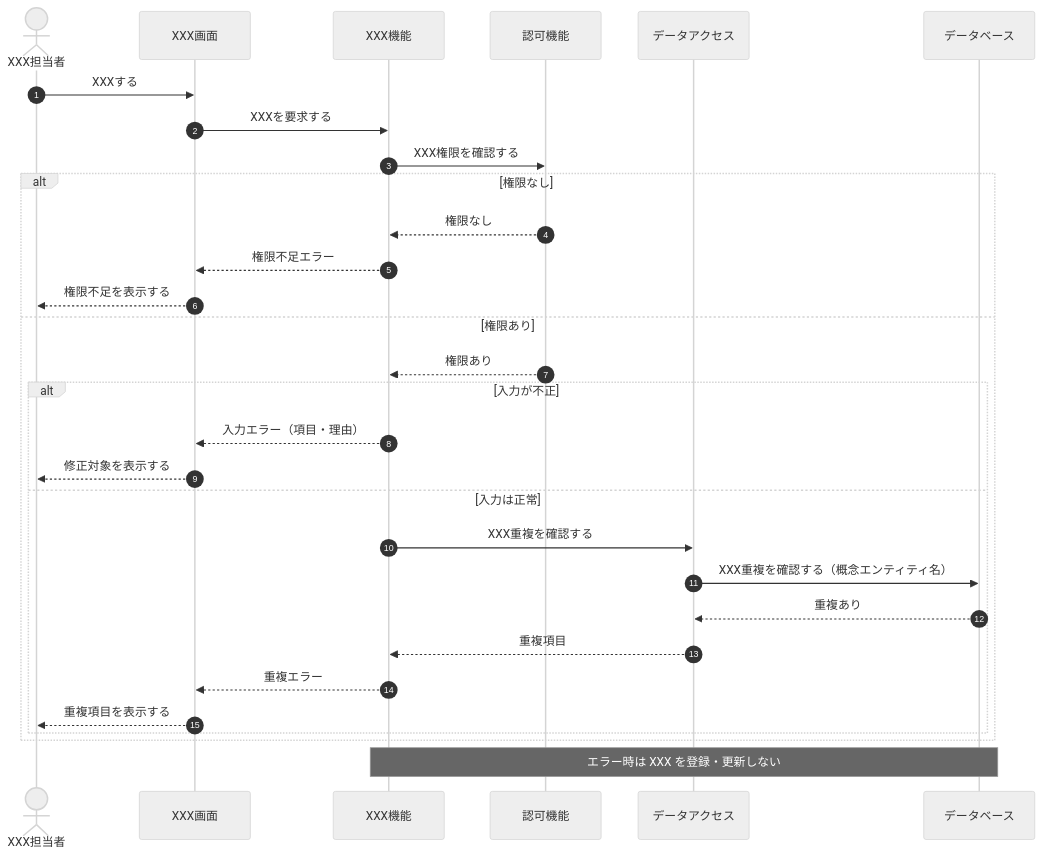
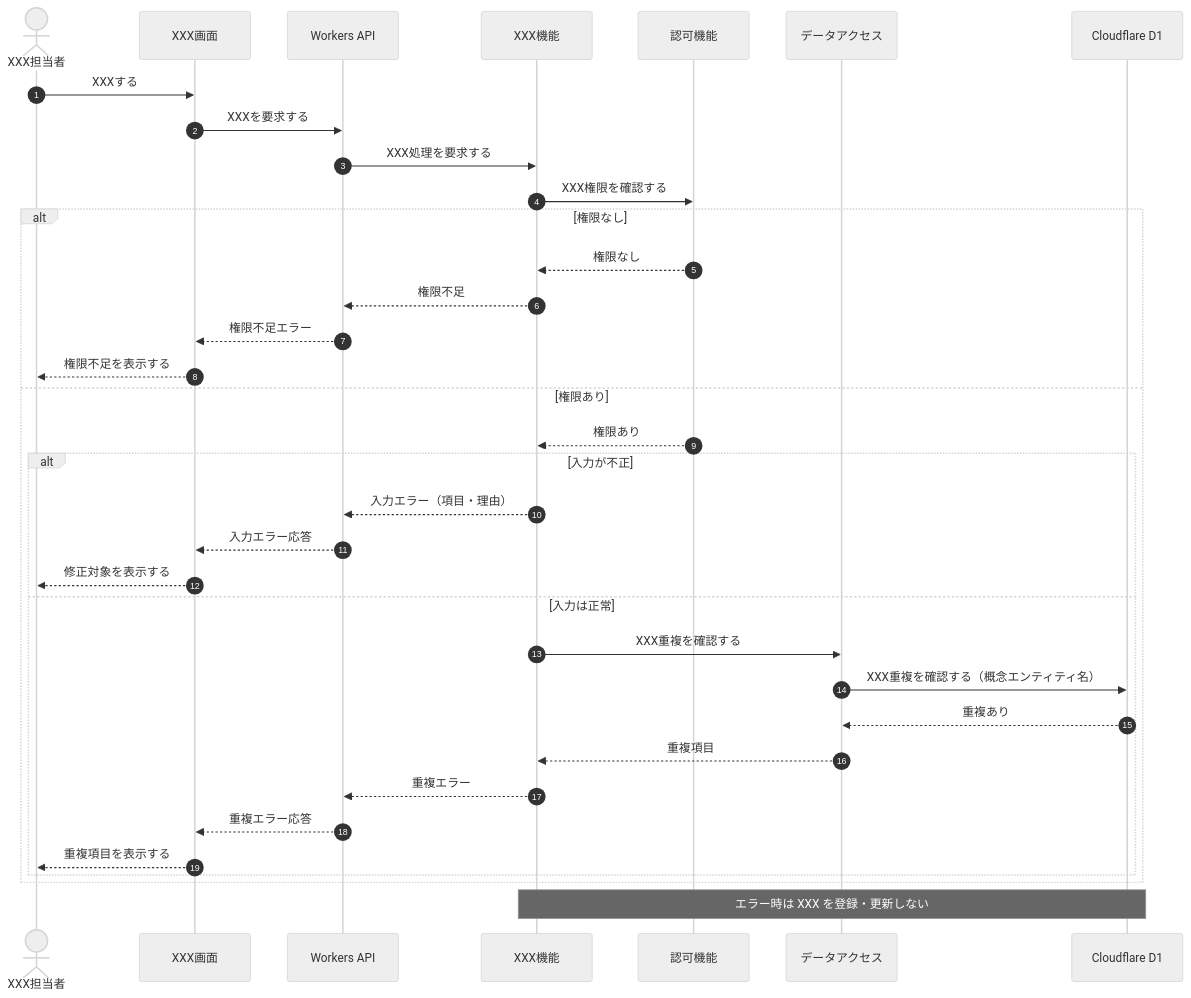
One commit to sikakou54/system-document-template changed the second of 5 diagrams in 統合設計書/テンプレート/03_シーケンス設計.md. Above: the diagram before and after it, drawn with Mermaid (neutral theme). The commit also changed other lines of this file and 40 other files, not shown here.

````diff
--- a/統合設計書/テンプレート/03_シーケンス設計.md
+++ b/統合設計書/テンプレート/03_シーケンス設計.md
@@ -142,33 +156,38 @@
 ```mermaid
 sequenceDiagram
     autonumber
     actor A as XXX担当者
     participant UI as XXX画面
+    participant API as Workers API
     participant APP as XXX機能
     participant AUTH as 認可機能
     participant DATA as データアクセス
-    participant DB as データベース
+    participant DB as Cloudflare D1
 
     A->>UI: XXXする
-    UI->>APP: XXXを要求する
+    UI->>API: XXXを要求する
+    API->>APP: XXX処理を要求する
     APP->>AUTH: XXX権限を確認する
     alt 権限なし
         AUTH-->>APP: 権限なし
-        APP-->>UI: 権限不足エラー
+        APP-->>API: 権限不足
+        API-->>UI: 権限不足エラー
         UI-->>A: 権限不足を表示する
     else 権限あり
         AUTH-->>APP: 権限あり
         alt 入力が不正
-            APP-->>UI: 入力エラー（項目・理由）
+            APP-->>API: 入力エラー（項目・理由）
+            API-->>UI: 入力エラー応答
             UI-->>A: 修正対象を表示する
         else 入力は正常
             APP->>DATA: XXX重複を確認する
             DATA->>DB: XXX重複を確認する（概念エンティティ名）
             DB-->>DATA: 重複あり
             DATA-->>APP: 重複項目
-            APP-->>UI: 重複エラー
+            APP-->>API: 重複エラー
+            API-->>UI: 重複エラー応答
             UI-->>A: 重複項目を表示する
         end
     end
     Note over APP,DB: エラー時は XXX を登録・更新しない
 ```
````
